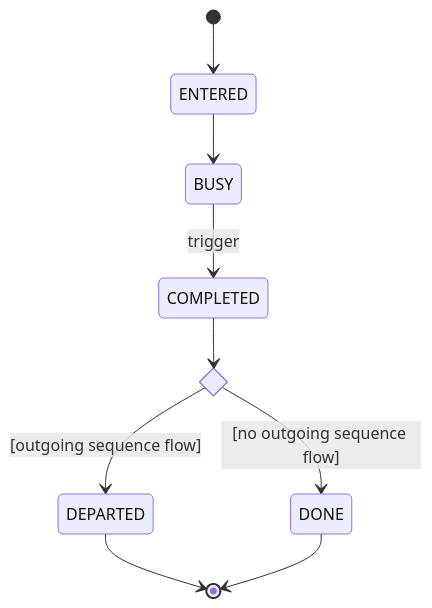
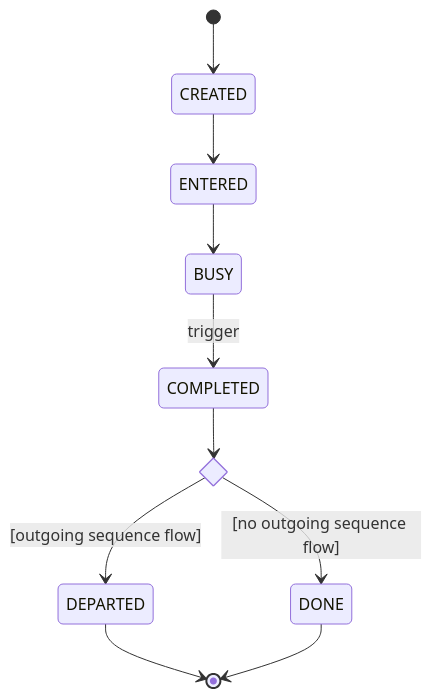
One commit to bpmn-os/bpmnos-engine changed the diagram in docs/md/logic/token_flow_logic_boundary_events.md. Above: the diagram before and after it, drawn with Mermaid. The commit also changed other lines of this file and 16 other files, not shown here.

```diff
--- a/docs/md/logic/token_flow_logic_boundary_events.md
+++ b/docs/md/logic/token_flow_logic_boundary_events.md
@@ -13,12 +13,13 @@
 <pre class="mermaid">
 stateDiagram-v2
     state departure <<choice>>
-    [*] --> ENTERED
+    [*] --> CREATED
+    CREATED --> ENTERED
     ENTERED --> BUSY
     BUSY --> COMPLETED: trigger
     COMPLETED --> departure
     departure --> DEPARTED: [outgoing sequence flow]
     departure --> DONE: [no outgoing sequence flow]
     DEPARTED --> [*]
     DONE --> [*]
 </pre>
```
